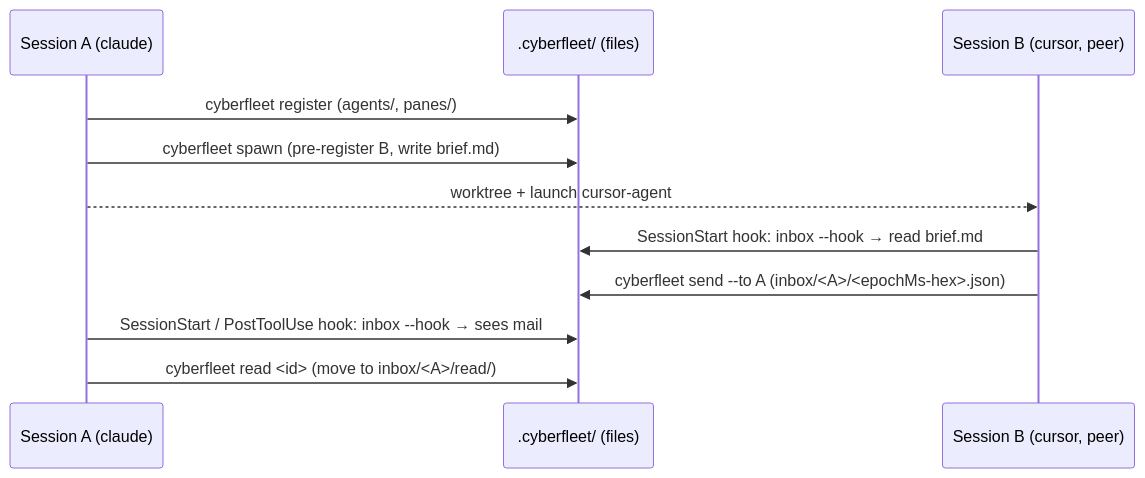
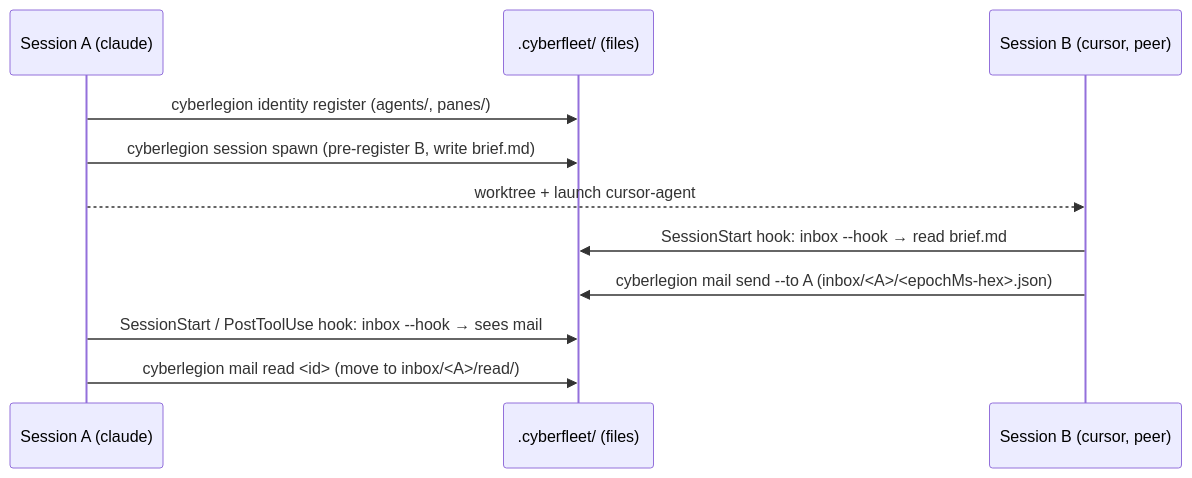
One commit to cyberuni/cyberfleet changed the diagram in .agents/specs/cyberfleet-plugin/README.md. Above: the diagram before and after it, drawn with Mermaid. The commit also changed 26 other files, not shown here.

````diff
--- a/.agents/specs/cyberfleet-plugin/README.md
+++ b/.agents/specs/cyberfleet-plugin/README.md
@@ -19,13 +19,13 @@
 ```mermaid
 sequenceDiagram
     participant A as Session A (claude)
     participant FS as .cyberfleet/ (files)
     participant B as Session B (cursor, peer)
-    A->>FS: cyberfleet register (agents/, panes/)
-    A->>FS: cyberfleet spawn (pre-register B, write brief.md)
+    A->>FS: cyberlegion identity register (agents/, panes/)
+    A->>FS: cyberlegion session spawn (pre-register B, write brief.md)
     A-->>B: worktree + launch cursor-agent
     B->>FS: SessionStart hook: inbox --hook → read brief.md
-    B->>FS: cyberfleet send --to A (inbox/<A>/<epochMs-hex>.json)
+    B->>FS: cyberlegion mail send --to A (inbox/<A>/<epochMs-hex>.json)
     A->>FS: SessionStart / PostToolUse hook: inbox --hook → sees mail
-    A->>FS: cyberfleet read <id> (move to inbox/<A>/read/)
+    A->>FS: cyberlegion mail read <id> (move to inbox/<A>/read/)
 ```
````
